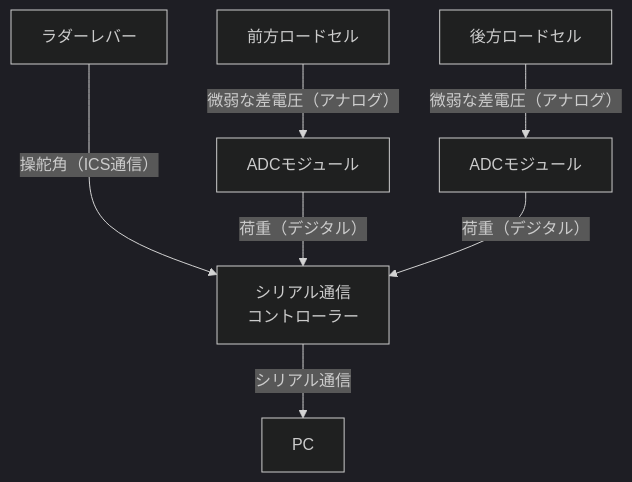
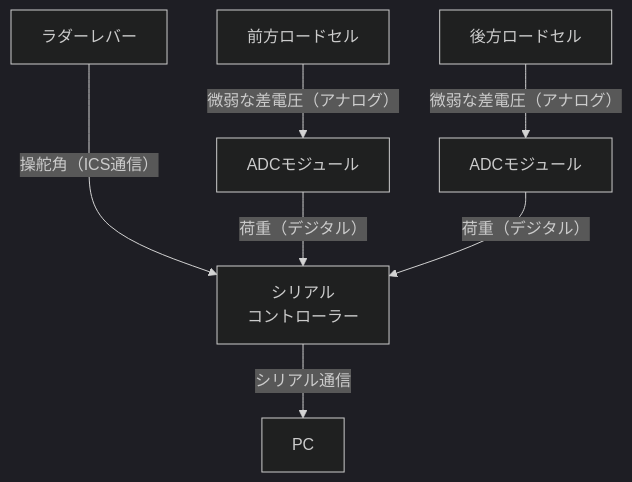
Before and after one commit to torica-org/simulator-docs: the diagram in 26th/シミュデバイスについて.md, drawn with Mermaid (dark theme). The commit also changed other lines of this file and 7 other files, not shown here.

````diff
--- a/26th/シミュデバイスについて.md
+++ b/26th/シミュデバイスについて.md
@@ -22,16 +23,16 @@
 ```mermaid
 flowchart TD
   pc[PC]
-  controller[シリアル通信<br>コントローラー]
+  controller[シリアル<br>コントローラー]
   rudder[ラダーレバー]
   forwardLoadcell[前方ロードセル]
   backwardLoadcell[後方ロードセル]
   forwardADC[ADCモジュール]
   backwardADC[ADCモジュール]
   rudder -- 操舵角（ICS通信） ---> controller
   forwardLoadcell -- 微弱な差電圧（アナログ） --> forwardADC
   backwardLoadcell -- 微弱な差電圧（アナログ） --> backwardADC
   forwardADC -- 荷重（デジタル） --> controller
   backwardADC -- 荷重（デジタル） --> controller
   controller -- シリアル通信 --> pc
 ```
````
